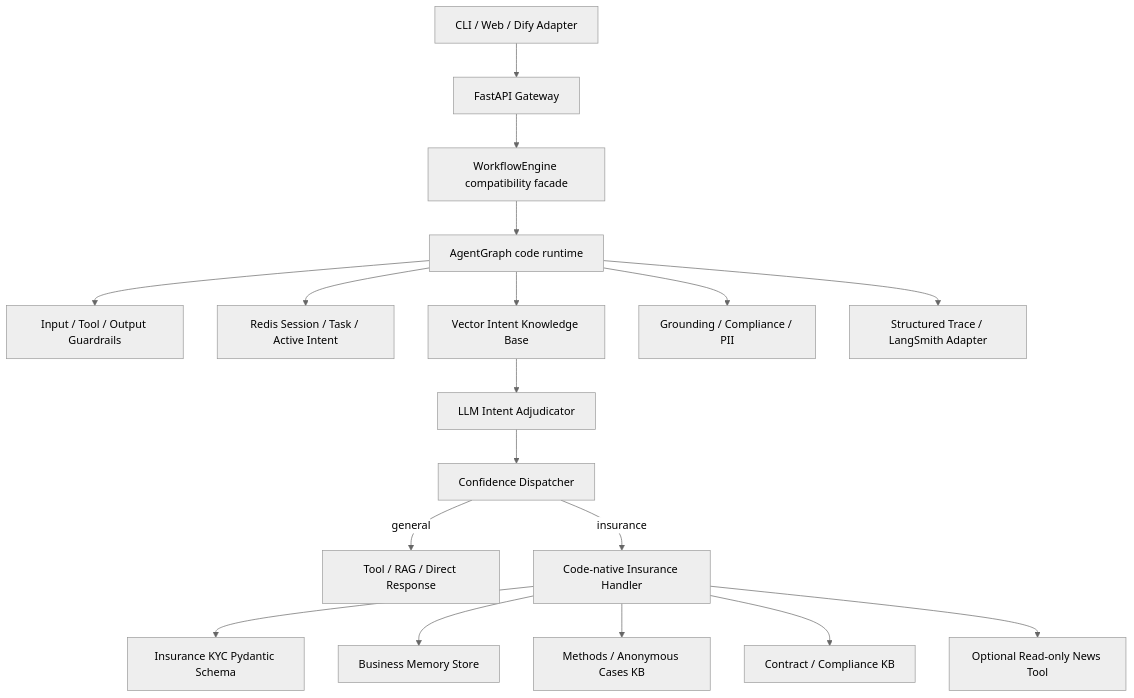
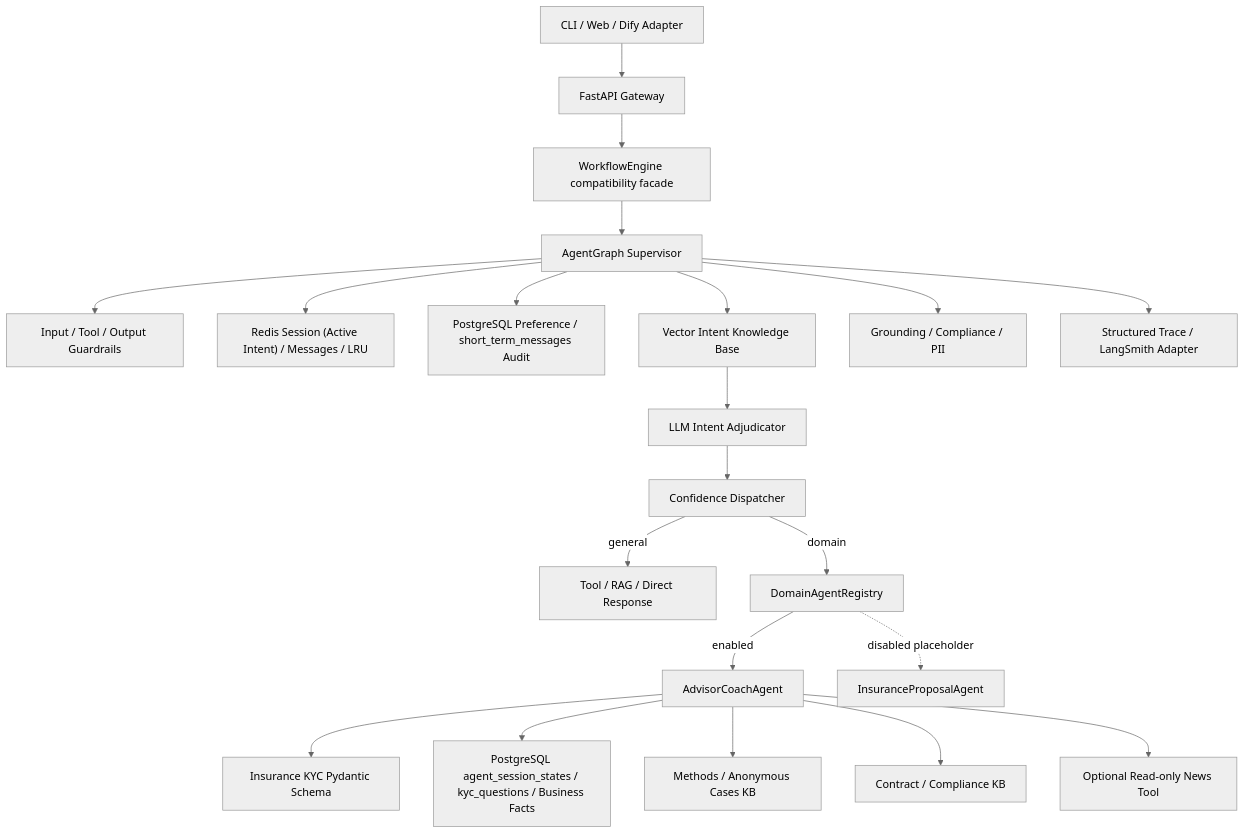
One commit to yinghanpeng/ins_advisor_agent changed the diagram in docs/architecture.md. Above: the diagram before and after it, drawn with Mermaid (neutral theme). The commit also changed other lines of this file and 33 other files, not shown here.

Commit message:
feat:graph api重构

````diff
--- a/docs/architecture.md
+++ b/docs/architecture.md
@@ -7,20 +8,23 @@
 ```mermaid
 flowchart TD
     A["CLI / Web / Dify Adapter"] --> B["FastAPI Gateway"]
     B --> C["WorkflowEngine compatibility facade"]
-    C --> D["AgentGraph code runtime"]
+    C --> D["AgentGraph Supervisor"]
     D --> G["Input / Tool / Output Guardrails"]
-    D --> M["Redis Session / Task / Active Intent"]
+    D --> M["Redis Session (Active Intent) / Messages / LRU"]
+    D --> PM["PostgreSQL Preference / short_term_messages Audit"]
     D --> I["Vector Intent Knowledge Base"]
     I --> J["LLM Intent Adjudicator"]
     J --> K["Confidence Dispatcher"]
     K -->|general| T["Tool / RAG / Direct Response"]
-    K -->|insurance| H["Code-native Insurance Handler"]
+    K -->|domain| R["DomainAgentRegistry"]
+    R -->|enabled| H["AdvisorCoachAgent"]
+    R -. disabled placeholder .-> PA["InsuranceProposalAgent"]
     H --> P["Insurance KYC Pydantic Schema"]
-    H --> BM["Business Memory Store"]
+    H --> BM["PostgreSQL agent_session_states / kyc_questions / Business Facts"]
     H --> KB1["Methods / Anonymous Cases KB"]
     H --> KB2["Contract / Compliance KB"]
     H --> N["Optional Read-only News Tool"]
     D --> O["Grounding / Compliance / PII"]
     D --> L["Structured Trace / LangSmith Adapter"]
 ```
````
